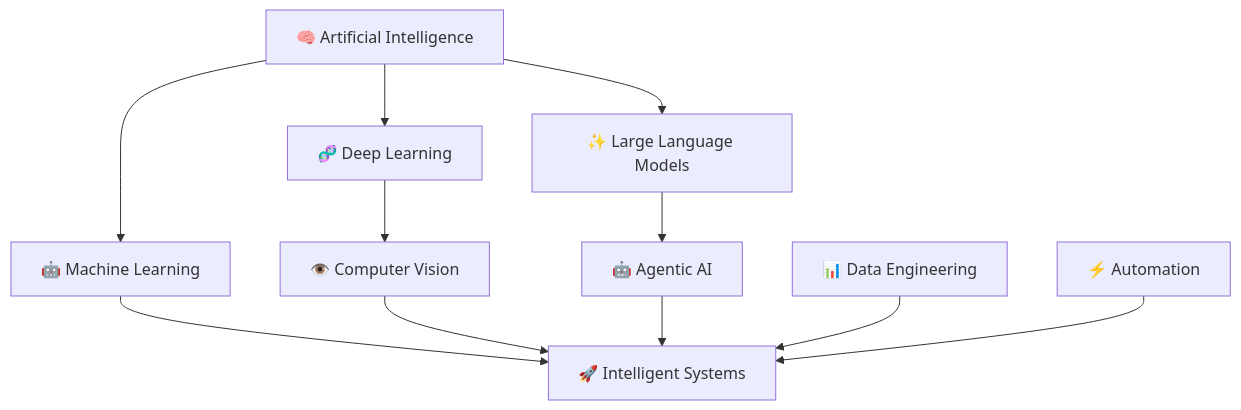
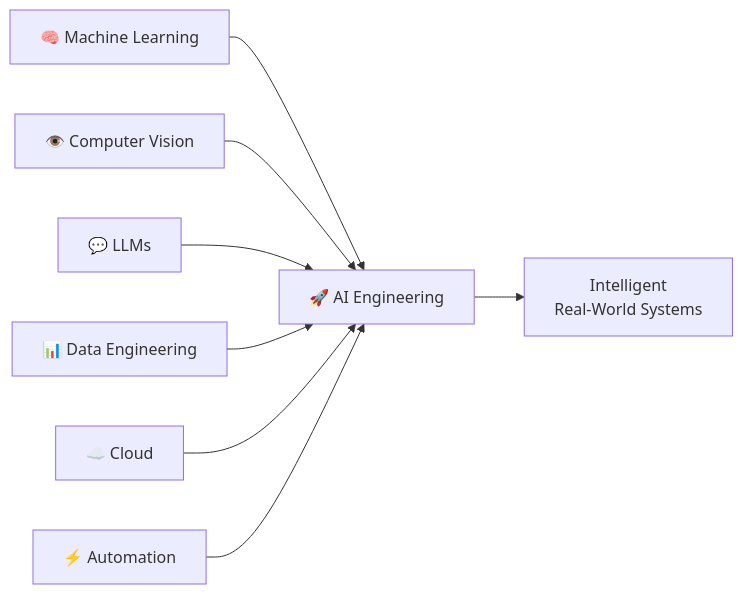
One commit to Muhammad-Riyan1/Muhammad-Riyan1 changed the sixth of 6 diagrams in README.md. Above: the diagram before and after it, drawn with Mermaid. The commit also changed other lines of this file, not shown here.

````diff
--- a/README.md
+++ b/README.md
@@ -441,26 +425,19 @@
 ```mermaid
-flowchart TD
-    AI["🧠 Artificial Intelligence"]
+flowchart LR
 
-    ML["🤖 Machine Learning"]
-    DL["🧬 Deep Learning"]
+    ML["🧠 Machine Learning"]
     CV["👁️ Computer Vision"]
-    LLM["✨ Large Language Models"]
-    AGENT["🤖 Agentic AI"]
+    LLM["💬 LLMs"]
     DATA["📊 Data Engineering"]
+    CLOUD["☁️ Cloud"]
     AUTO["⚡ Automation"]
 
-    SYSTEM["🚀 Intelligent Systems"]
+    ML --> SYS["🚀 AI Engineering"]
+    CV --> SYS
+    LLM --> SYS
+    DATA --> SYS
+    CLOUD --> SYS
+    AUTO --> SYS
 
-    AI --> ML
-    AI --> DL
-    DL --> CV
-    AI --> LLM
-    LLM --> AGENT
-
-    ML --> SYSTEM
-    CV --> SYSTEM
-    AGENT --> SYSTEM
-    DATA --> SYSTEM
-    AUTO --> SYSTEM
+    SYS --> PROD["Intelligent<br/>Real-World Systems"]
 ```
````
